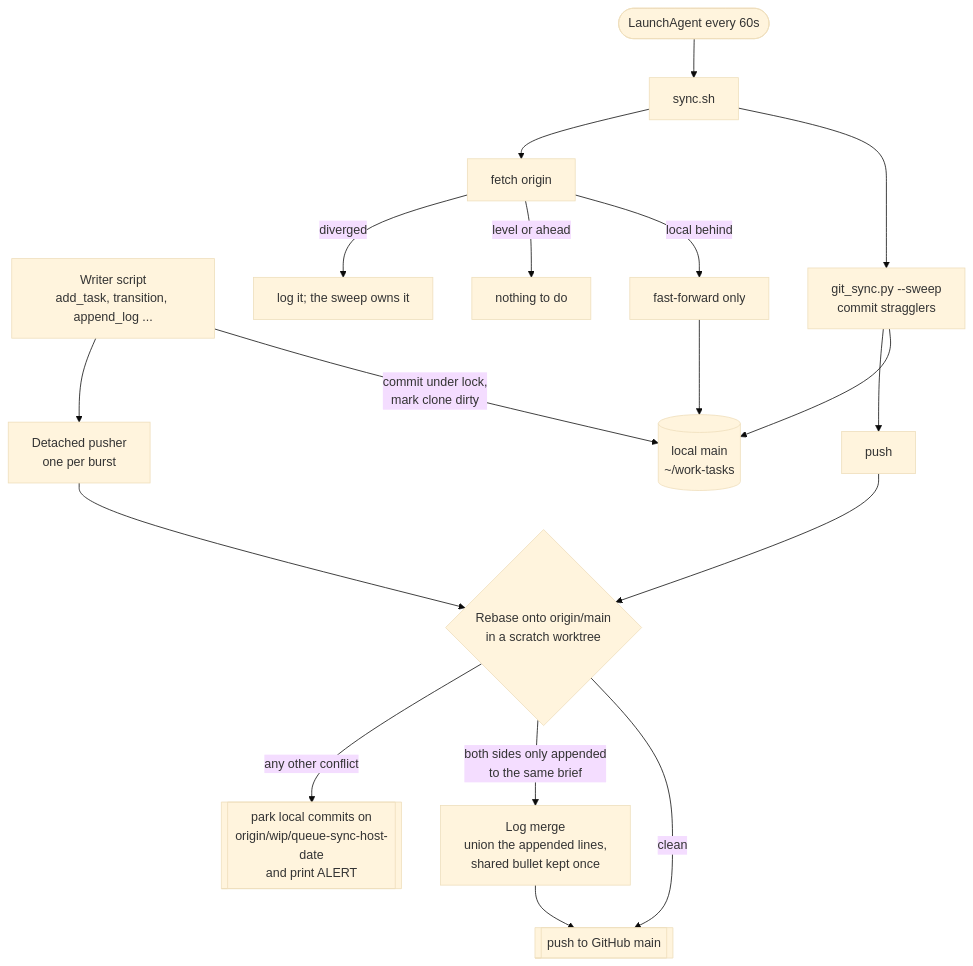
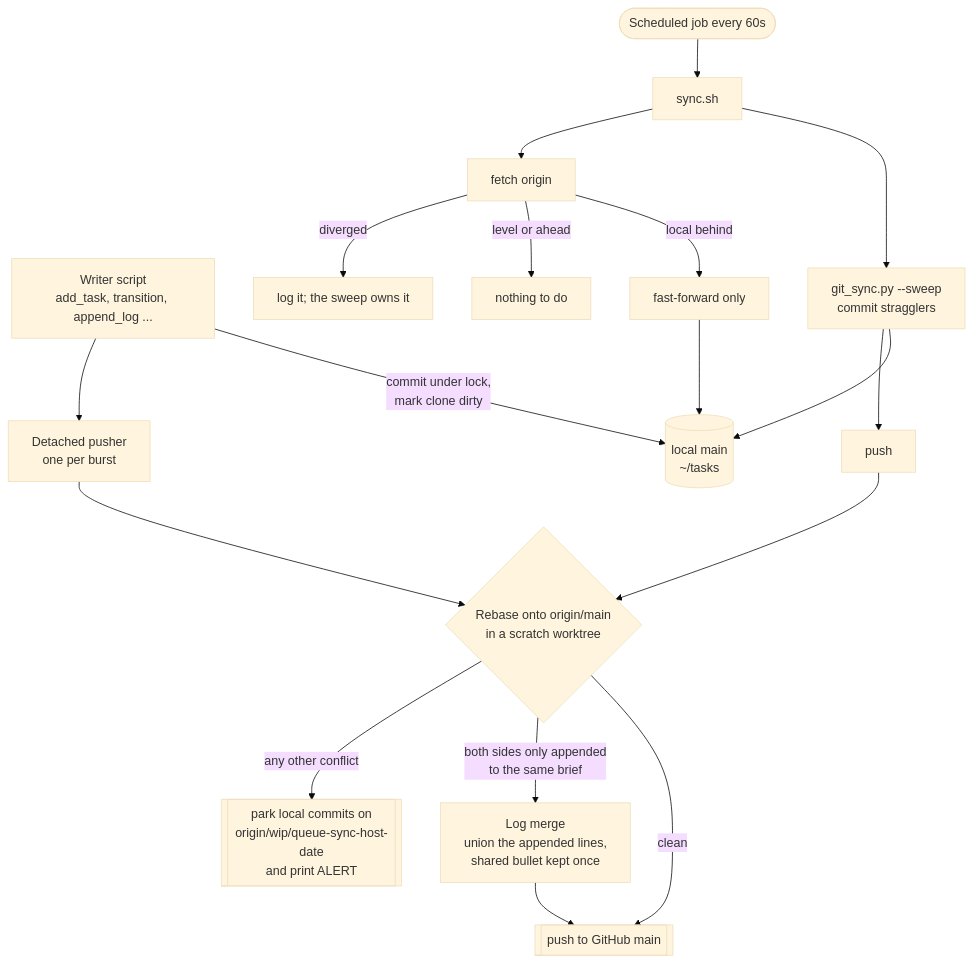
Before and after one commit to kmmwren/claude-tasks: the diagram in docs/queue-sync.md, drawn with Mermaid (base theme). The commit also changed other lines of this file and 44 other files, not shown here.

````diff
--- a/docs/queue-sync.md
+++ b/docs/queue-sync.md
@@ -10,21 +8,21 @@
 ```mermaid
 flowchart TD
-    W["Writer script<br/>add_task, transition, append_log ..."] -->|commit under lock,<br/>mark clone dirty| C[(local main<br/>~/work-tasks)]
+    W["Writer script<br/>add_task, transition, append_log ..."] -->|commit under lock,<br/>mark clone dirty| C[(local main<br/>~/tasks)]
     W --> P["Detached pusher<br/>one per burst"]
-    T(["LaunchAgent every 60s"]) --> S["sync.sh"]
+    T(["Scheduled job every 60s"]) --> S["sync.sh"]
     S --> SW["git_sync.py --sweep<br/>commit stragglers"]
     SW --> C
     SW --> P2["push"]
     P --> R
     P2 --> R
     R{"Rebase onto origin/main<br/>in a scratch worktree"}
     R -->|clean| PUSH[["push to GitHub main"]]
     R -->|both sides only appended<br/>to the same brief| M["Log merge<br/>union the appended lines,<br/>shared bullet kept once"]
     M --> PUSH
     R -->|any other conflict| PARK[["park local commits on<br/>origin/wip/queue-sync-host-date<br/>and print ALERT"]]
     S --> F["fetch origin"]
     F -->|local behind| FF["fast-forward only"]
     F -->|level or ahead| NOOP["nothing to do"]
     F -->|diverged| LEAVE["log it; the sweep owns it"]
     FF --> C
 ```
````
